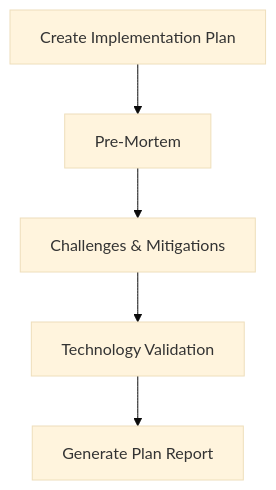
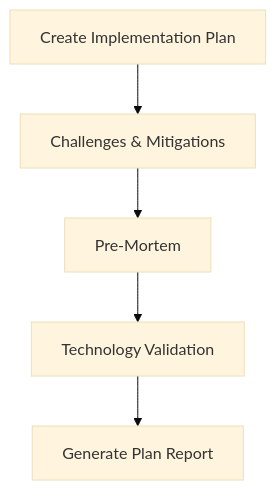
One commit to Texarkanine/.cursor-rules changed the diagram in memory-bank/active/tasks.md. Above: the diagram before and after it, drawn with Mermaid (base theme). The commit also changed other lines of this file and 4 other files, not shown here.

Commit message:
chore: revise plan — pre-mortem after challenges

````diff
--- a/memory-bank/active/tasks.md
+++ b/memory-bank/active/tasks.md
@@ -15,7 +15,7 @@
 ```mermaid
 flowchart TD
-  Impl["Create Implementation Plan"] --> PM["Pre-Mortem"]
-  PM --> Ch["Challenges & Mitigations"]
-  Ch --> Tech["Technology Validation"]
+  Impl["Create Implementation Plan"] --> Ch["Challenges & Mitigations"]
+  Ch --> PM["Pre-Mortem"]
+  PM --> Tech["Technology Validation"]
   Tech --> Report["Generate Plan Report"]
 ```
````
